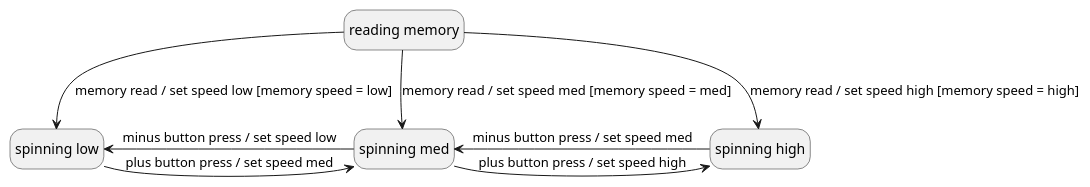
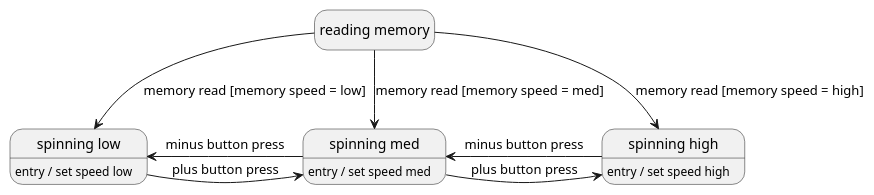
One commit to fgoujeon/maki changed the second of 2 diagrams in doc/concepts/guard.md. Above: the diagram before and after it, drawn with PlantUML. The commit also changed other lines of this file and 1 other file, not shown here.

Commit message:
Doc: Use entry actions for fan example

```diff
--- a/doc/concepts/guard.md
+++ b/doc/concepts/guard.md
@@ -55,17 +55,23 @@
 @startuml{fan.png} "Fan"
 hide empty description
 
 state "reading memory" as reading_memory
+
 state "spinning low" as spinning_low
+spinning_low : entry / set speed low
+
 state "spinning med" as spinning_med
+spinning_med : entry / set speed med
+
 state "spinning high" as spinning_high
+spinning_high : entry / set speed high
 
-reading_memory --> spinning_low : memory read / set speed low [memory speed = low]
-reading_memory --> spinning_med : memory read / set speed med [memory speed = med]
-reading_memory --> spinning_high : memory read / set speed high [memory speed = high]
+reading_memory --> spinning_low : memory read [memory speed = low]
+reading_memory --> spinning_med : memory read [memory speed = med]
+reading_memory --> spinning_high : memory read [memory speed = high]
 
-spinning_low -> spinning_med : plus button press / set speed med
-spinning_med -> spinning_high : plus button press / set speed high
-spinning_med -> spinning_low : minus button press / set speed low
-spinning_high -> spinning_med : minus button press / set speed med
+spinning_low -> spinning_med : plus button press
+spinning_med -> spinning_high : plus button press
+spinning_med -> spinning_low : minus button press
+spinning_high -> spinning_med : minus button press
 @enduml
```
